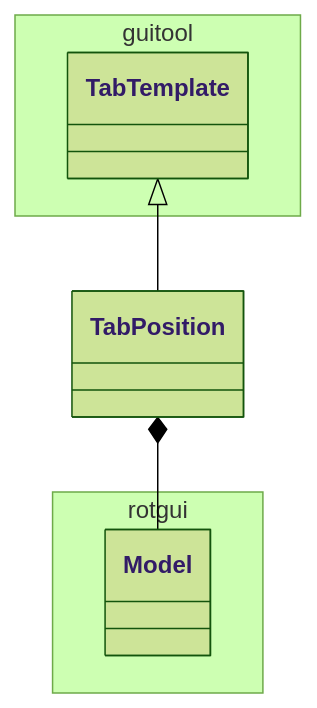
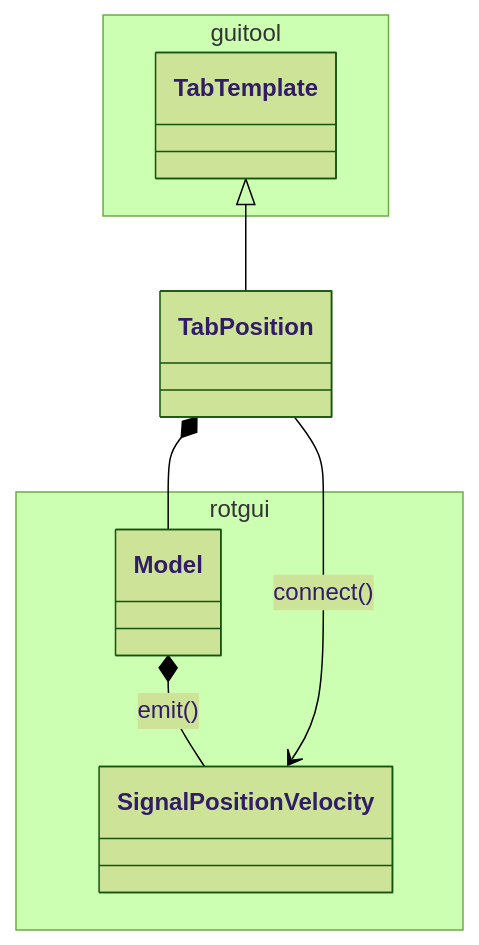
The diagram in doc/uml/tab/class_tab_position.mmd (lsst-ts/ts_rotgui), drawn with Mermaid (forest theme) before and after one commit. The commit also changed 6 other files, not shown here.

```diff
--- a/doc/uml/tab/class_tab_position.mmd
+++ b/doc/uml/tab/class_tab_position.mmd
@@ -1,13 +1,17 @@
 classDiagram
 
 namespace guitool {
   class TabTemplate
 }
 
 namespace rotgui {
   class Model
+  class SignalPositionVelocity
 }
+
+Model *-- SignalPositionVelocity : emit()
 
 TabTemplate <|-- TabPosition
 
 TabPosition *-- Model
+TabPosition --> SignalPositionVelocity : connect()
```
